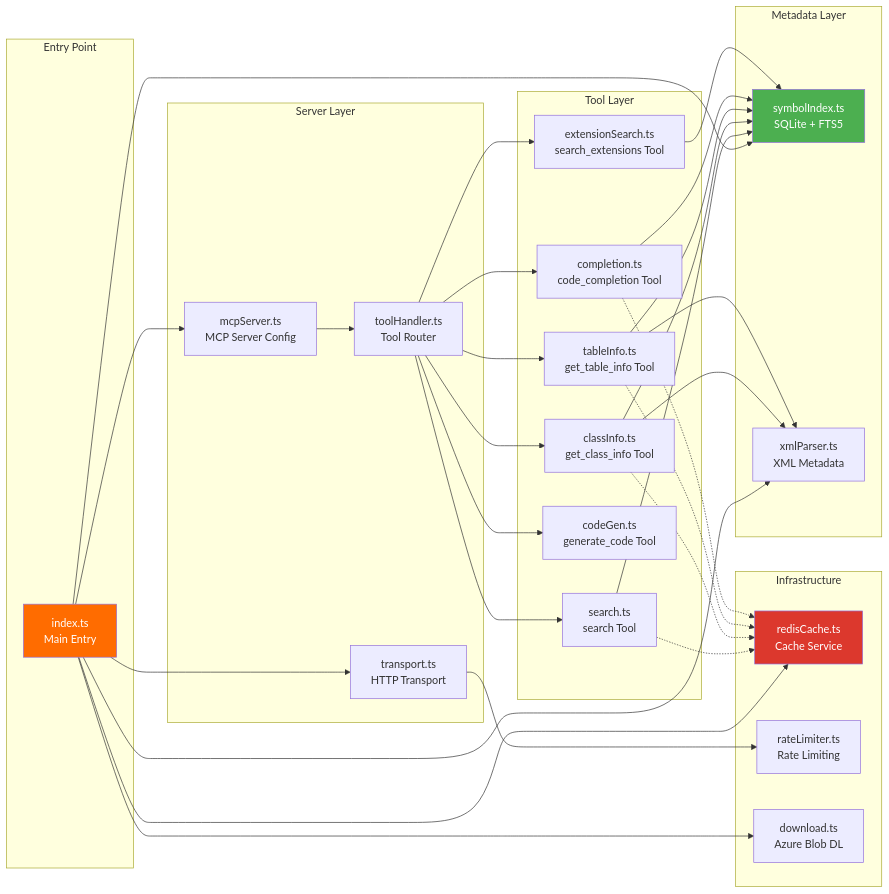
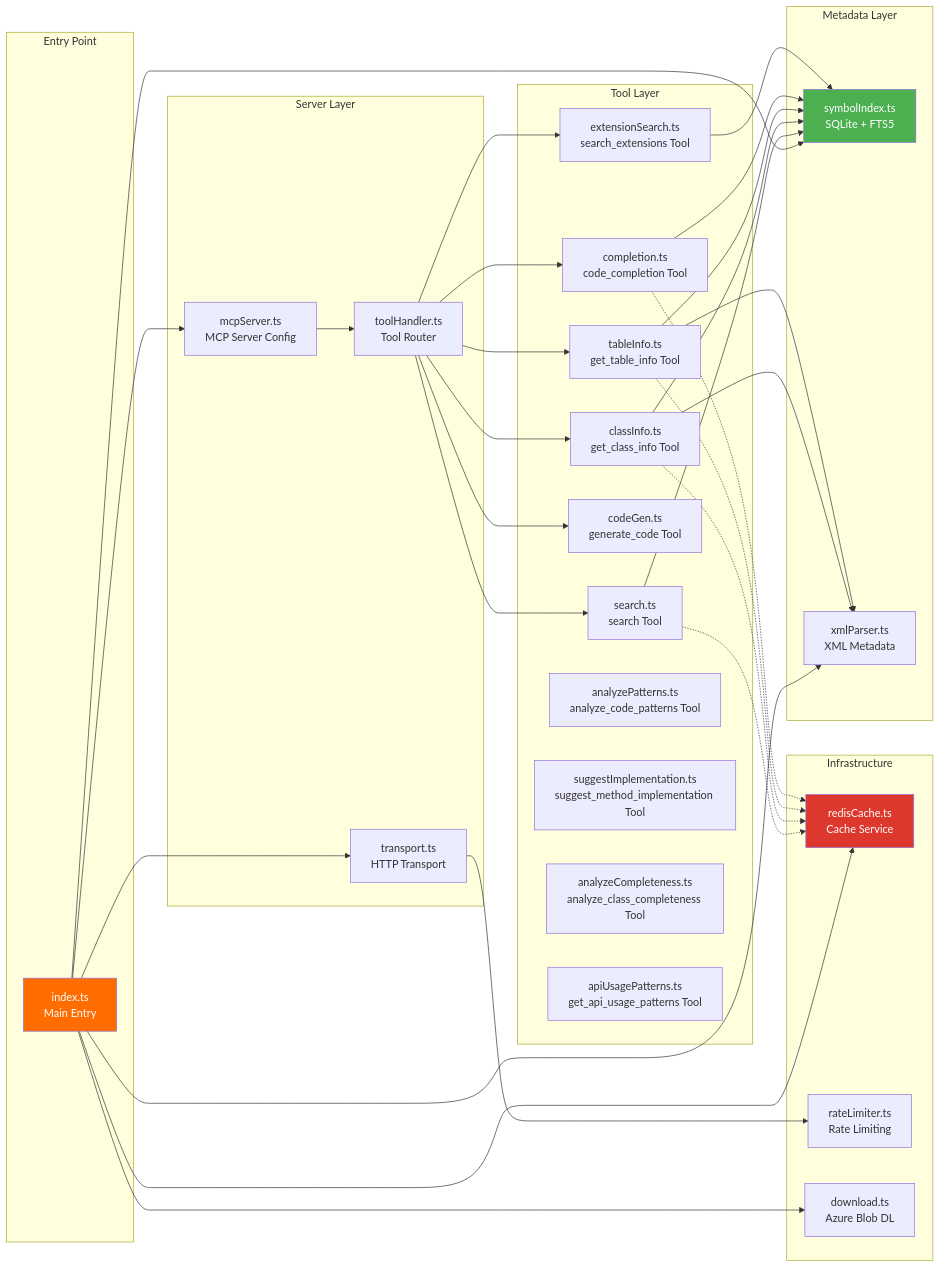
One commit to dynamics365ninja/d365fo-mcp-server changed the third of 16 diagrams in docs/ARCHITECTURE.md. Above: the diagram before and after it, drawn with Mermaid. The commit also changed other lines of this file and 20 other files, not shown here.

First line of the commit message:
feat: Add intelligent code generation tools with pattern analysis

````diff
--- a/docs/ARCHITECTURE.md
+++ b/docs/ARCHITECTURE.md
@@ -104,66 +104,70 @@
 ```mermaid
 graph LR
     subgraph "Entry Point"
         INDEX[index.ts<br/>Main Entry]
     end
 
     subgraph "Server Layer"
         SERVER[mcpServer.ts<br/>MCP Server Config]
         TRANSPORT[transport.ts<br/>HTTP Transport]
         HANDLER[toolHandler.ts<br/>Tool Router]
     end
 
     subgraph "Tool Layer"
         SEARCH[search.ts<br/>search Tool]
         CLASS[classInfo.ts<br/>get_class_info Tool]
         TABLE[tableInfo.ts<br/>get_table_info Tool]
         COMP[completion.ts<br/>code_completion Tool]
         GEN[codeGen.ts<br/>generate_code Tool]
         EXT[extensionSearch.ts<br/>search_extensions Tool]
+        PATTERN[analyzePatterns.ts<br/>analyze_code_patterns Tool]
+        SUGGEST[suggestImplementation.ts<br/>suggest_method_implementation Tool]
+        COMPLETE[analyzeCompleteness.ts<br/>analyze_class_completeness Tool]
+        API[apiUsagePatterns.ts<br/>get_api_usage_patterns Tool]
     end
 
     subgraph "Metadata Layer"
         SYMBOL[symbolIndex.ts<br/>SQLite + FTS5]
         PARSER[xmlParser.ts<br/>XML Metadata]
     end
 
     subgraph "Infrastructure"
         CACHE_SVC[redisCache.ts<br/>Cache Service]
         RATE[rateLimiter.ts<br/>Rate Limiting]
         DOWNLOAD[download.ts<br/>Azure Blob DL]
     end
 
     INDEX --> SERVER
     INDEX --> TRANSPORT
     INDEX --> SYMBOL
     INDEX --> PARSER
     INDEX --> CACHE_SVC
     INDEX --> DOWNLOAD
 
     SERVER --> HANDLER
     HANDLER --> SEARCH
     HANDLER --> CLASS
     HANDLER --> TABLE
     HANDLER --> COMP
     HANDLER --> GEN
     HANDLER --> EXT
 
     SEARCH --> SYMBOL
     CLASS --> SYMBOL
     CLASS --> PARSER
     TABLE --> SYMBOL
     TABLE --> PARSER
     COMP --> SYMBOL
     EXT --> SYMBOL
 
     SEARCH -.-> CACHE_SVC
     CLASS -.-> CACHE_SVC
     TABLE -.-> CACHE_SVC
     COMP -.-> CACHE_SVC
 
     TRANSPORT --> RATE
     
     style INDEX fill:#FF6C00,color:#fff
     style SYMBOL fill:#4CAF50,color:#fff
     style CACHE_SVC fill:#DC382D,color:#fff
 ```
````
